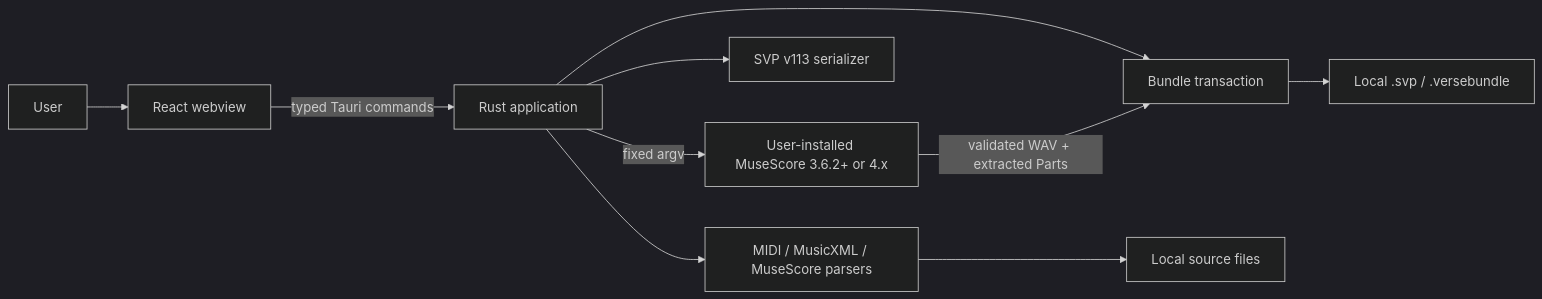
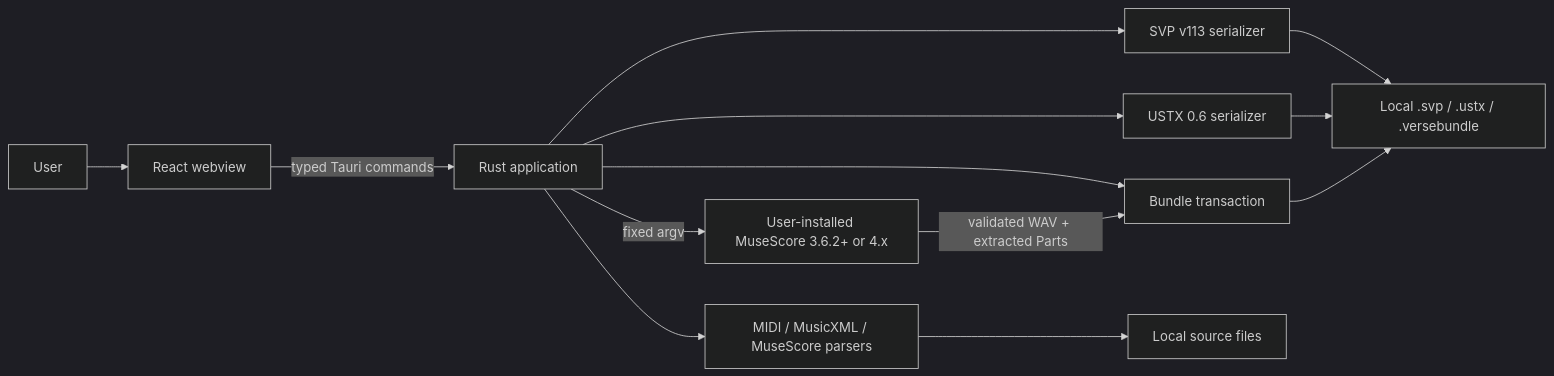
Before and after one commit to JoPadOfficiel/verse-convert-synth-v: the first of 2 diagrams in docs/architecture.md, drawn with Mermaid (dark theme). The commit also changed other lines of this file and 16 other files, not shown here.

````diff
--- a/docs/architecture.md
+++ b/docs/architecture.md
@@ -20,12 +20,15 @@
 ```mermaid
 flowchart LR
     USER["User"] --> UI["React webview"]
     UI -->|"typed Tauri commands"| RUST["Rust application"]
     RUST --> PARSERS["MIDI / MusicXML / MuseScore parsers"]
     RUST --> SVP["SVP v113 serializer"]
+    RUST --> USTX["USTX 0.6 serializer"]
     RUST --> BUNDLE["Bundle transaction"]
     RUST -->|"fixed argv"| MS["User-installed MuseScore 3.6.2+ or 4.x"]
     PARSERS --> SOURCE["Local source files"]
-    BUNDLE --> OUTPUT["Local .svp / .versebundle"]
+    SVP --> OUTPUT["Local .svp / .ustx / .versebundle"]
+    USTX --> OUTPUT
+    BUNDLE --> OUTPUT
     MS -->|"validated WAV + extracted Parts"| BUNDLE
 ```
````
